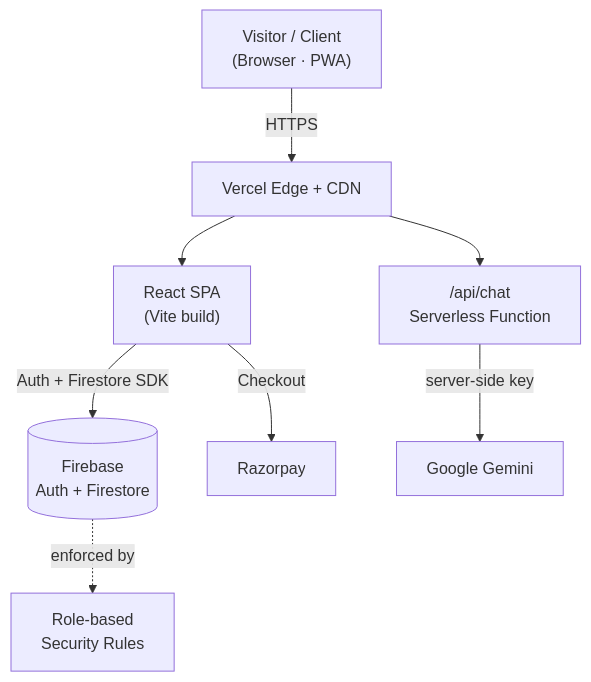
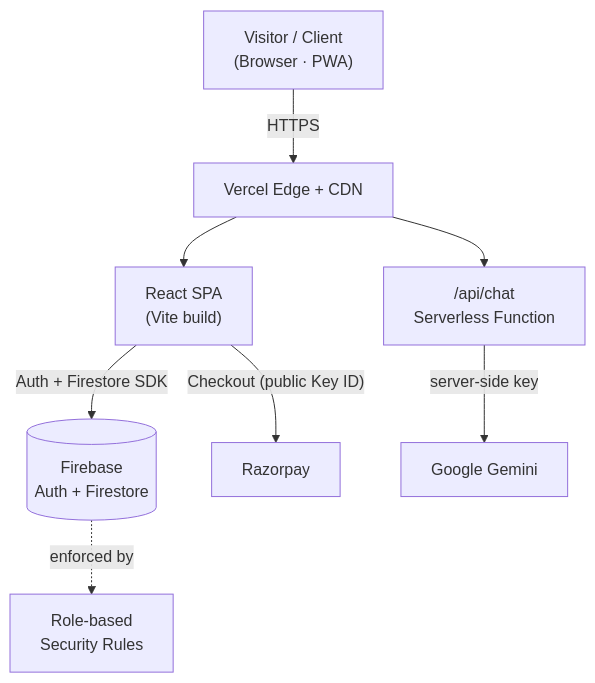
The diagram in README.md (navneetyadav8070/my-portfolio), drawn with Mermaid before and after one commit. The commit also changed other lines of this file and 17 other files, not shown here.

````diff
--- a/README.md
+++ b/README.md
@@ -110,13 +105,13 @@
 ```mermaid
 flowchart TD
     U["Visitor / Client<br/>(Browser · PWA)"] -->|HTTPS| V["Vercel Edge + CDN"]
 
     V --> SPA["React SPA<br/>(Vite build)"]
     V --> API["/api/chat<br/>Serverless Function"]
 
     SPA -->|"Auth + Firestore SDK"| FB[("Firebase<br/>Auth + Firestore")]
-    SPA -->|"Checkout"| RZ["Razorpay"]
+    SPA -->|"Checkout (public Key ID)"| RZ["Razorpay"]
     API -->|"server-side key"| GM["Google Gemini"]
 
     FB -.->|"enforced by"| RULES["Role-based<br/>Security Rules"]
 ```
````
